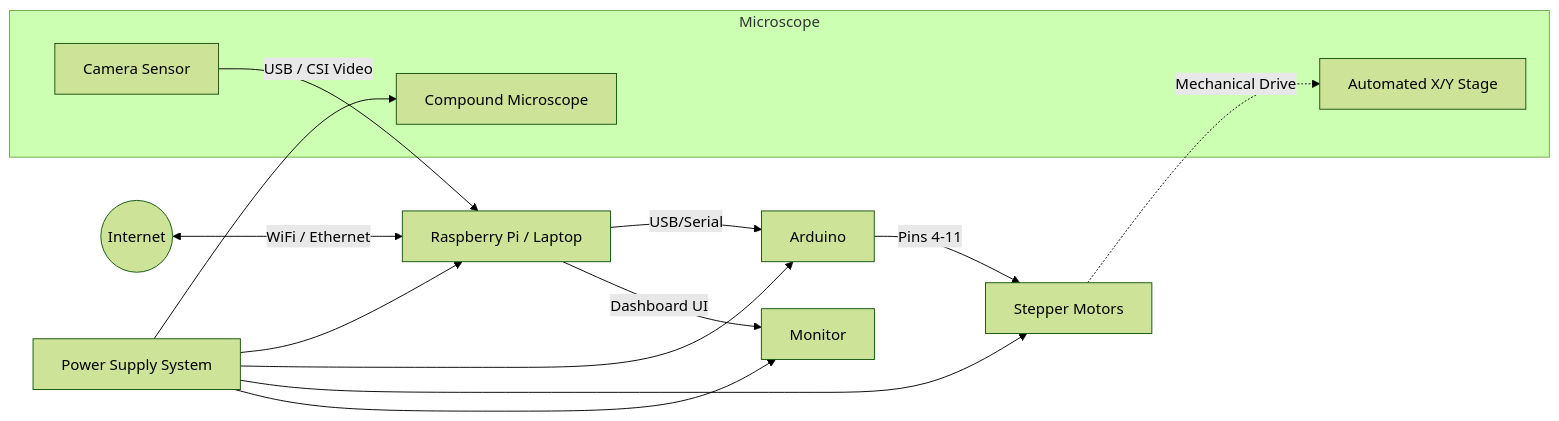
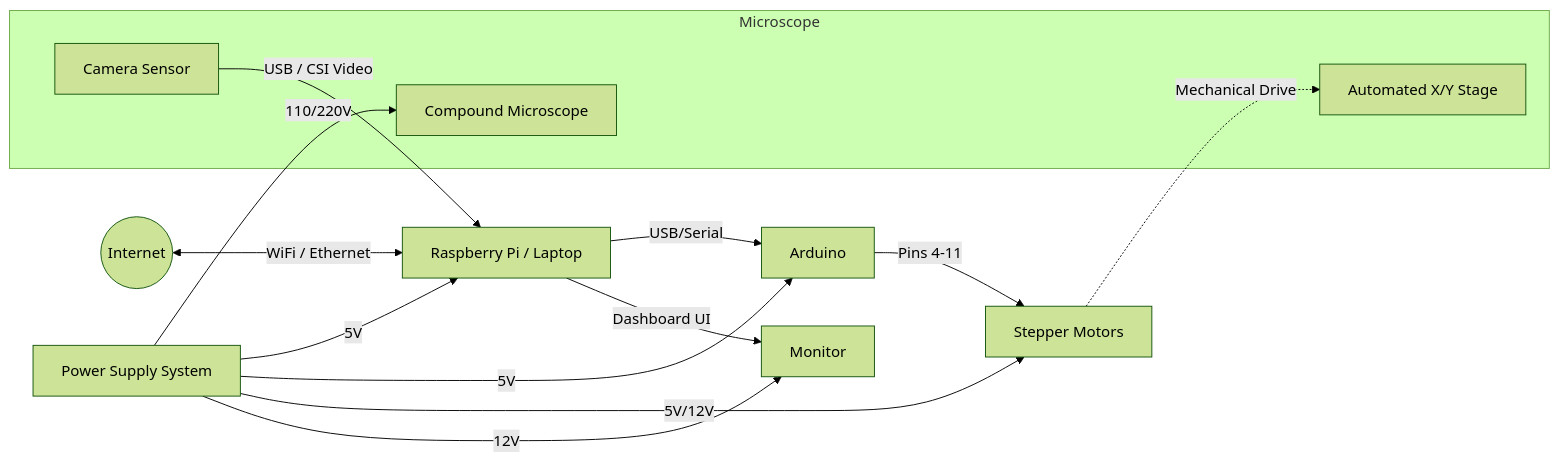
Before and after one commit to mcggEz/microview-ai: the second of 4 diagrams in README.md, drawn with Mermaid (forest theme).

Commit message:
docs: specify 5V/12V/220V power distribution in Hardware Setup Overview

````diff
--- a/README.md
+++ b/README.md
@@ -66,25 +66,25 @@
 ```mermaid
 flowchart LR
   subgraph Microscope
     SCOPE[Compound Microscope]
     STAGE[Automated X/Y Stage]
     SENSOR[Camera Sensor]
   end
 
   INET((Internet)) <-->|WiFi / Ethernet| RPI[Raspberry Pi / Laptop]
   
   PSU[Power Supply System]
-  PSU --> RPI
-  PSU --> ARD[Arduino]
-  PSU --> STEP[Stepper Motors]
-  PSU --> MON[Monitor]
-  PSU --> SCOPE
+  PSU -->|5V| RPI
+  PSU -->|5V| ARD[Arduino]
+  PSU -->|5V/12V| STEP[Stepper Motors]
+  PSU -->|12V| MON[Monitor]
+  PSU -->|110/220V| SCOPE
 
   SENSOR -->|USB / CSI Video| RPI
 
   RPI -->|USB/Serial| ARD
   ARD -->|Pins 4-11| STEP
   STEP -.->|Mechanical Drive| STAGE
 
   RPI -->|Dashboard UI| MON
 ```
````
